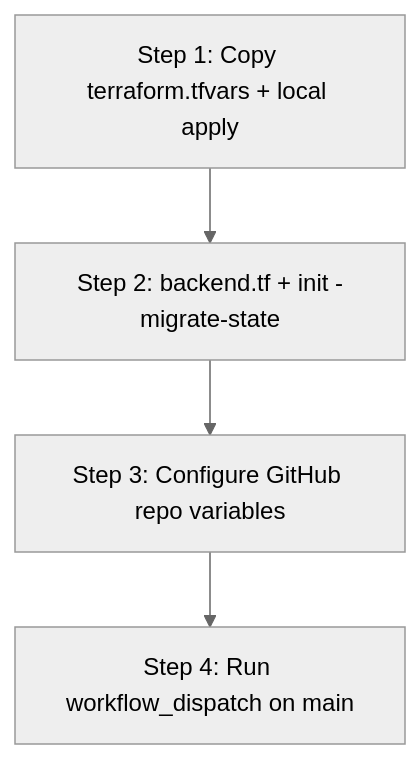
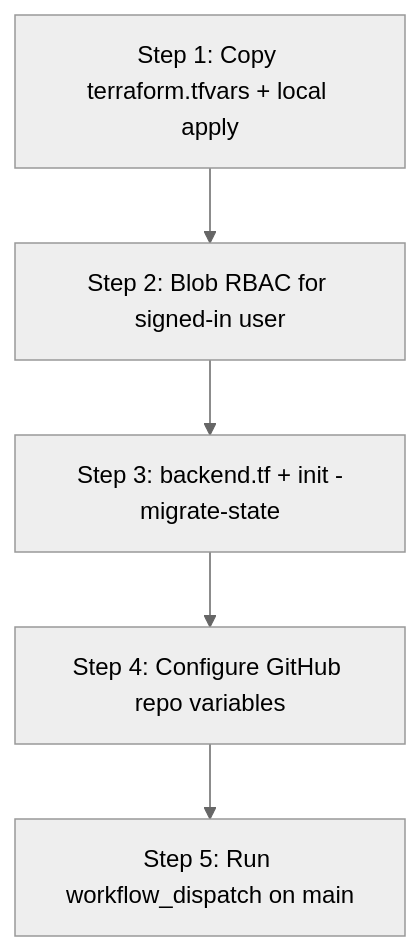
The diagram in README.md (yauchinlam/terraform-infrastructure), drawn with Mermaid (neutral theme) before and after one commit. The commit also changed other lines of this file and 1 other file, not shown here.

First line of the commit message:
Document Step 2 blob RBAC for local state migration.

````diff
--- a/README.md
+++ b/README.md
@@ -165,6 +166,7 @@
 ```mermaid
 flowchart TD
-  A["Step 1: Copy terraform.tfvars + local apply"] --> B["Step 2: backend.tf + init -migrate-state"]
-  B --> C["Step 3: Configure GitHub repo variables"]
-  C --> D["Step 4: Run workflow_dispatch on main"]
+  A["Step 1: Copy terraform.tfvars + local apply"] --> B["Step 2: Blob RBAC for signed-in user"]
+  B --> C["Step 3: backend.tf + init -migrate-state"]
+  C --> D["Step 4: Configure GitHub repo variables"]
+  D --> E["Step 5: Run workflow_dispatch on main"]
 ```
````
